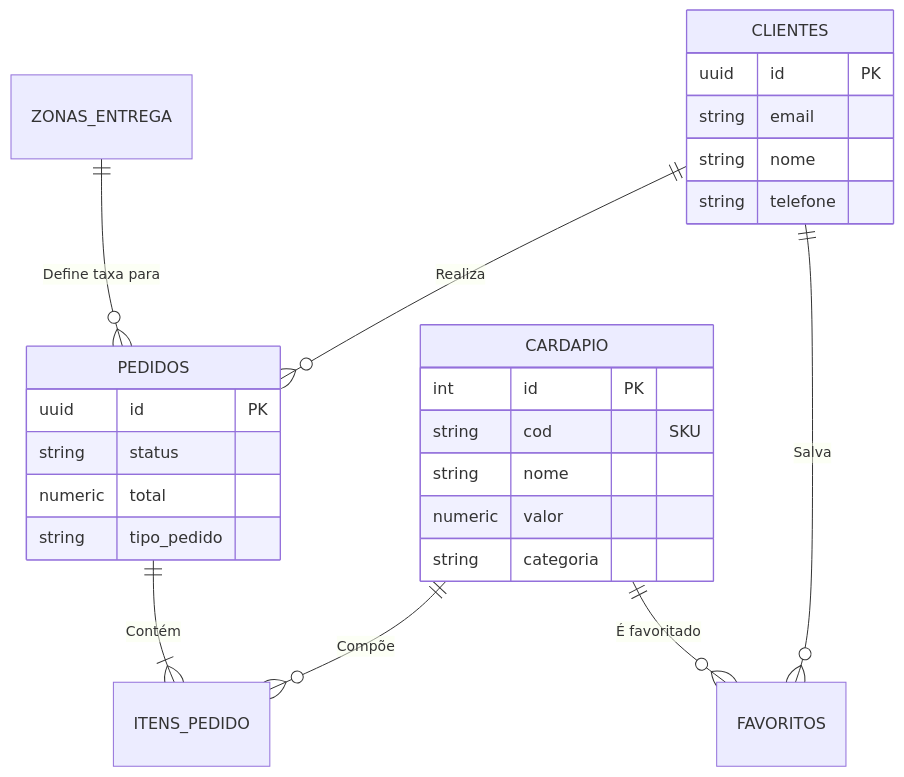
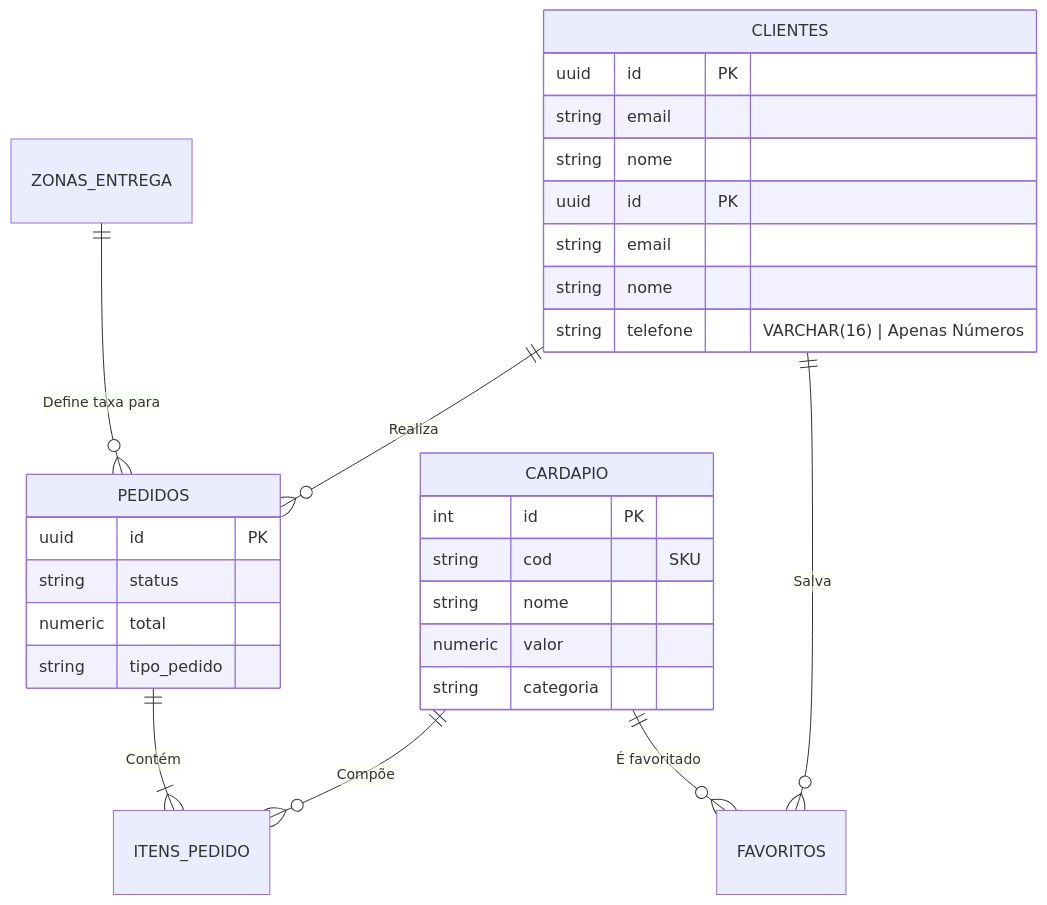
One commit to furbas16e8/BarLosHermanos changed the diagram in docs/doc_tables.md. Above: the diagram before and after it, drawn with Mermaid. The commit also changed 3 other files, not shown here.

First line of the commit message:
feat(fone): padronização do schema e lógica de formatação inteligente

````diff
--- a/docs/doc_tables.md
+++ b/docs/doc_tables.md
@@ -11,33 +11,36 @@
 ```mermaid
 erDiagram
     CLIENTES ||--o{ PEDIDOS : "Realiza"
     CLIENTES ||--o{ FAVORITOS : "Salva"
 
     CARDAPIO ||--o{ FAVORITOS : "É favoritado"
     CARDAPIO ||--o{ ITENS_PEDIDO : "Compõe"
 
     PEDIDOS ||--|{ ITENS_PEDIDO : "Contém"
     ZONAS_ENTREGA ||--o{ PEDIDOS : "Define taxa para"
 
     CLIENTES {
         uuid id PK
         string email
         string nome
-        string telefone
+        uuid id PK
+        string email
+        string nome
+        string telefone "VARCHAR(16) | Apenas Números"
     }
 
     CARDAPIO {
         int id PK
         string cod "SKU"
         string nome
         numeric valor
         string categoria
     }
 
     PEDIDOS {
         uuid id PK
         string status
         numeric total
         string tipo_pedido
     }
 ```
````
